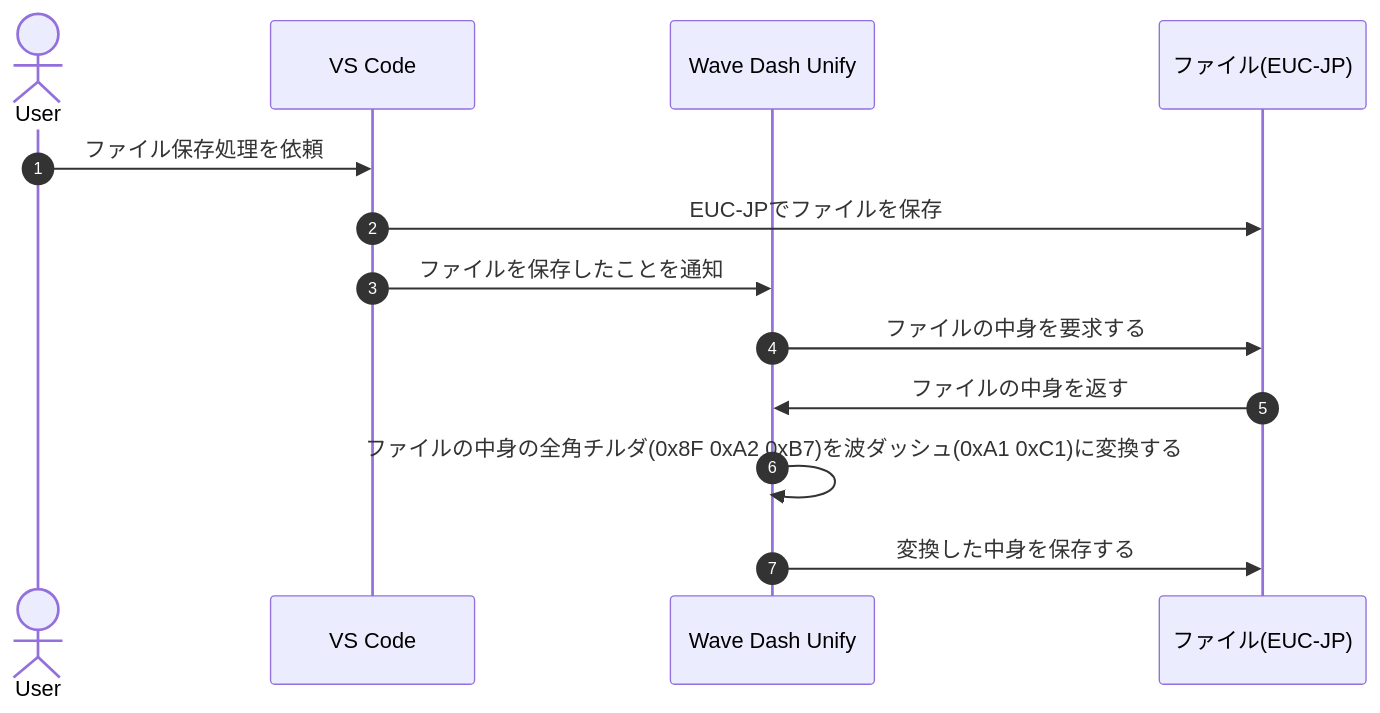
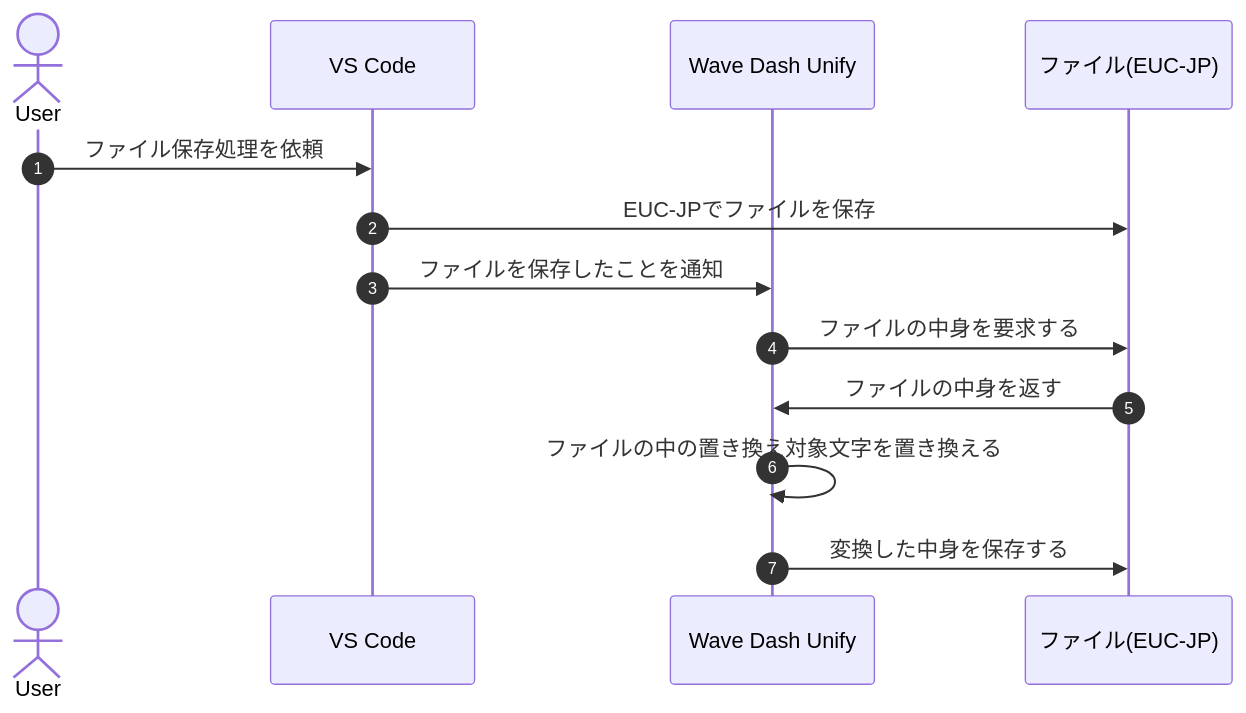
Before and after one commit to yutotnh/wave-dash-unify: the diagram in README.md, drawn with Mermaid. The commit also changed other lines of this file and 3 other files, not shown here.

````diff
--- a/README.md
+++ b/README.md
@@ -22,17 +29,17 @@
 ```mermaid
 sequenceDiagram
     autonumber
 
     actor User
     participant vscode as VS Code
     participant extension as Wave Dash Unify
     participant file as ファイル(EUC-JP)
 
     User ->> vscode: ファイル保存処理を依頼
     vscode ->> file: EUC-JPでファイルを保存
     vscode ->> extension: ファイルを保存したことを通知
     extension ->> file: ファイルの中身を要求する
     file ->> extension: ファイルの中身を返す
-    extension ->> extension: ファイルの中身の全角チルダ(0x8F 0xA2 0xB7)を波ダッシュ(0xA1 0xC1)に変換する
+    extension ->> extension: ファイルの中の置き換え対象文字を置き換える
     extension ->> file: 変換した中身を保存する
 ```
````
